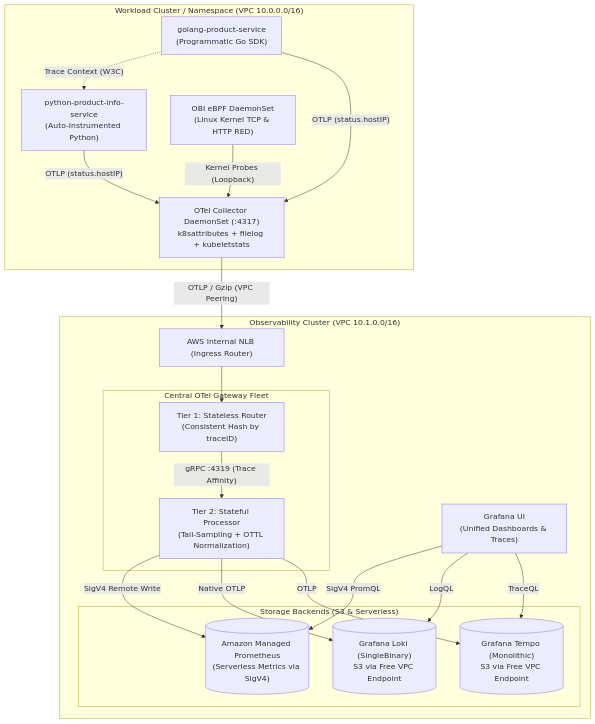
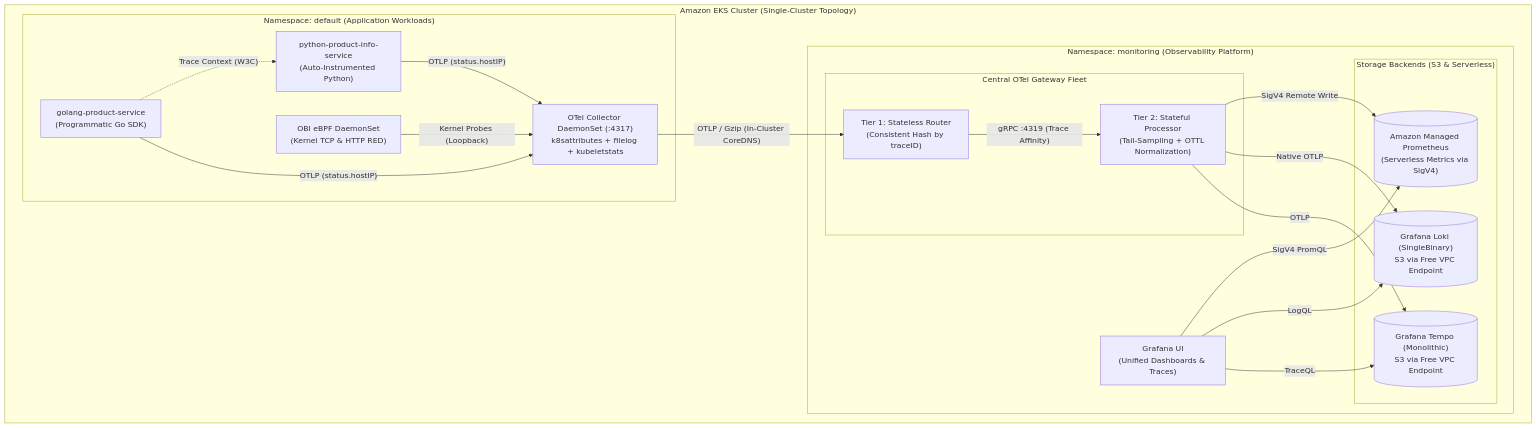
The first of 2 diagrams in README.md (ok-karthik/opentelemetry-platform-on-eks), drawn with Mermaid before and after one commit. The commit also changed other lines of this file and 1 other file, not shown here.

Commit message:
docs: update architecture diagram and decisions to reflect single-cluster mode as first-class default

````diff
--- a/README.md
+++ b/README.md
@@ -13,42 +13,41 @@
 ```mermaid
 flowchart TB
-    subgraph WorkloadCluster["Workload Cluster / Namespace (VPC 10.0.0.0/16)"]
-        GoApp["golang-product-service\n(Programmatic Go SDK)"]
-        PyApp["python-product-info-service\n(Auto-Instrumented Python)"]
-        GoApp -.->|"Trace Context (W3C)"| PyApp
-        
-        DaemonSetAgent["OTel Collector DaemonSet (:4317)\nk8sattributes + filelog + kubeletstats"]
-        OBI["OBI eBPF DaemonSet\n(Linux Kernel TCP & HTTP RED)"]
-        
-        GoApp -->|"OTLP (status.hostIP)"| DaemonSetAgent
-        PyApp -->|"OTLP (status.hostIP)"| DaemonSetAgent
-        OBI -->|"Kernel Probes (Loopback)"| DaemonSetAgent
-    end
-
-    subgraph ObsCluster["Observability Cluster (VPC 10.1.0.0/16)"]
-        NLB["AWS Internal NLB (Ingress Router)"]
-        
-        subgraph GatewayFleet["Central OTel Gateway Fleet"]
-            Router["Tier 1: Stateless Router\n(Consistent Hash by traceID)"]
-            Processor["Tier 2: Stateful Processor\n(Tail-Sampling + OTTL Normalization)"]
-            Router -->|"gRPC :4319 (Trace Affinity)"| Processor
+    subgraph EKSCluster["Amazon EKS Cluster (Single-Cluster Topology)"]
+        subgraph WorkloadsNS["Namespace: default (Application Workloads)"]
+            GoApp["golang-product-service\n(Programmatic Go SDK)"]
+            PyApp["python-product-info-service\n(Auto-Instrumented Python)"]
+            GoApp -.->|"Trace Context (W3C)"| PyApp
+            
+            DaemonSetAgent["OTel Collector DaemonSet (:4317)\nk8sattributes + filelog + kubeletstats"]
+            OBI["OBI eBPF DaemonSet\n(Kernel TCP & HTTP RED)"]
+            
+            GoApp -->|"OTLP (status.hostIP)"| DaemonSetAgent
+            PyApp -->|"OTLP (status.hostIP)"| DaemonSetAgent
+            OBI -->|"Kernel Probes (Loopback)"| DaemonSetAgent
         end
 
-        subgraph Backends["Storage Backends (S3 & Serverless)"]
-            AMP[("Amazon Managed Prometheus\n(Serverless Metrics via SigV4)")]
-            Loki[("Grafana Loki (SingleBinary)\nS3 via Free VPC Endpoint")]
-            Tempo[("Grafana Tempo (Monolithic)\nS3 via Free VPC Endpoint")]
+        subgraph MonitoringNS["Namespace: monitoring (Observability Platform)"]
+            subgraph GatewayFleet["Central OTel Gateway Fleet"]
+                Router["Tier 1: Stateless Router\n(Consistent Hash by traceID)"]
+                Processor["Tier 2: Stateful Processor\n(Tail-Sampling + OTTL Normalization)"]
+                Router -->|"gRPC :4319 (Trace Affinity)"| Processor
+            end
+
+            subgraph Backends["Storage Backends (S3 & Serverless)"]
+                AMP[("Amazon Managed Prometheus\n(Serverless Metrics via SigV4)")]
+                Loki[("Grafana Loki (SingleBinary)\nS3 via Free VPC Endpoint")]
+                Tempo[("Grafana Tempo (Monolithic)\nS3 via Free VPC Endpoint")]
+            end
+
+            Grafana["Grafana UI\n(Unified Dashboards & Traces)"]
+            Grafana -->|"SigV4 PromQL"| AMP
+            Grafana -->|"LogQL"| Loki
+            Grafana -->|"TraceQL"| Tempo
         end
 
-        Grafana["Grafana UI\n(Unified Dashboards & Traces)"]
-        Grafana -->|"SigV4 PromQL"| AMP
-        Grafana -->|"LogQL"| Loki
-        Grafana -->|"TraceQL"| Tempo
+        DaemonSetAgent -->|"OTLP / Gzip (In-Cluster CoreDNS)"| Router
+        Processor -->|"SigV4 Remote Write"| AMP
+        Processor -->|"Native OTLP"| Loki
+        Processor -->|"OTLP"| Tempo
     end
-
-    DaemonSetAgent -->|"OTLP / Gzip (VPC Peering)"| NLB
-    NLB --> Router
-    Processor -->|"SigV4 Remote Write"| AMP
-    Processor -->|"Native OTLP"| Loki
-    Processor -->|"OTLP"| Tempo
 ```
````
